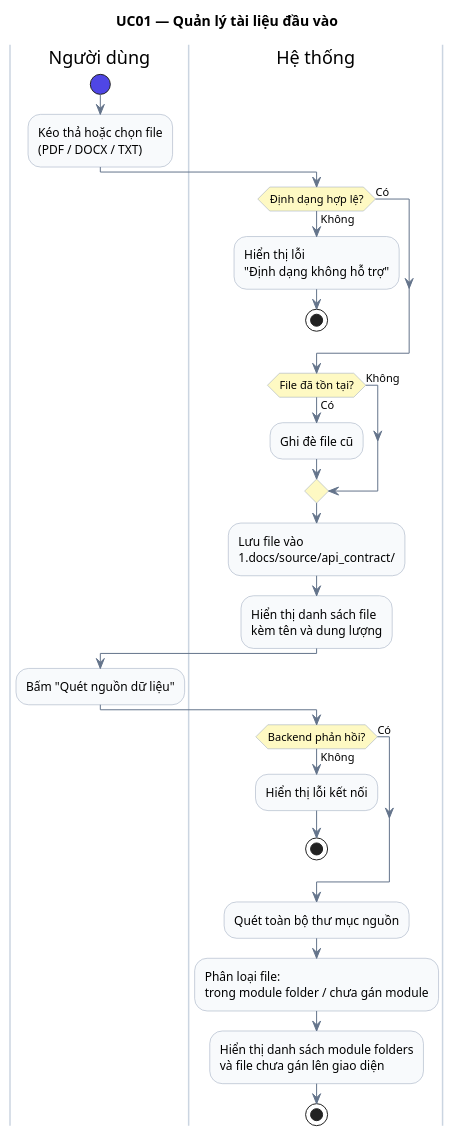
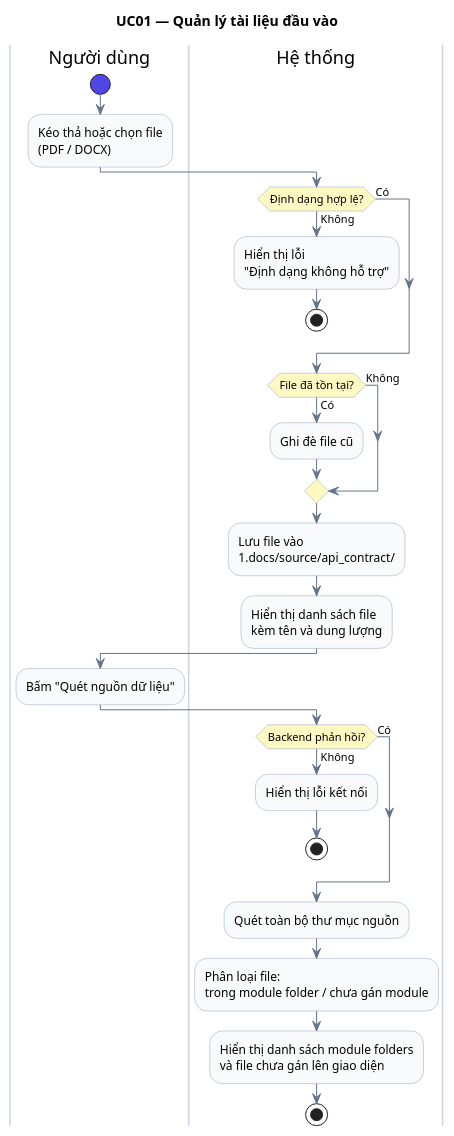
The diagram in docs/activity/UC01_activity.puml (DuyTon666/API-CONVERTER), drawn with PlantUML before and after one commit. The commit also changed 80 other files, not shown here.

```diff
--- a/docs/activity/UC01_activity.puml
+++ b/docs/activity/UC01_activity.puml
@@ -1,47 +1,47 @@
 @startuml UC01_QuanLyTaiLieuDauVao
 skinparam ActivityBackgroundColor #F8FAFC
 skinparam ActivityBorderColor #94A3B8
 skinparam ArrowColor #64748B
 skinparam ActivityDiamondBackgroundColor #FEF9C3
 skinparam ActivityStartColor #4F46E5
 skinparam ActivityEndColor #4F46E5
 skinparam SwimlaneBorderColor #CBD5E1
 skinparam SwimlaneBackgroundColor #FFFFFF
 
 title UC01 — Quản lý tài liệu đầu vào
 
 |Người dùng|
 start
-:Kéo thả hoặc chọn file\n(PDF / DOCX / TXT);
+:Kéo thả hoặc chọn file\n(PDF / DOCX);
 
 |Hệ thống|
 if (Định dạng hợp lệ?) then (Không)
   :Hiển thị lỗi\n"Định dạng không hỗ trợ";
   stop
 else (Có)
 endif
 
 if (File đã tồn tại?) then (Có)
   :Ghi đè file cũ;
 else (Không)
 endif
 
 :Lưu file vào\n1.docs/source/api_contract/;
 :Hiển thị danh sách file\nkèm tên và dung lượng;
 
 |Người dùng|
 :Bấm "Quét nguồn dữ liệu";
 
 |Hệ thống|
 if (Backend phản hồi?) then (Không)
   :Hiển thị lỗi kết nối;
   stop
 else (Có)
 endif
 
 :Quét toàn bộ thư mục nguồn;
 :Phân loại file:\ntrong module folder / chưa gán module;
 :Hiển thị danh sách module folders\nvà file chưa gán lên giao diện;
 
 stop
 @enduml
```
